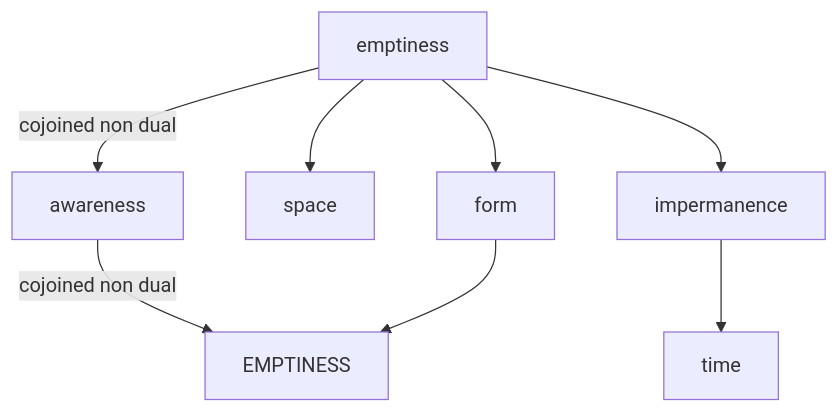
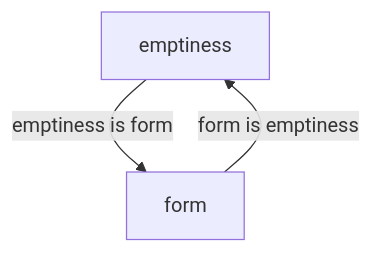
Before and after one commit to shane0/shane0.github.io: the diagram in docs/zen.md, drawn with Mermaid. The commit also changed other lines of this file and 4 other files, not shown here.

````diff
--- a/docs/zen.md
+++ b/docs/zen.md
@@ -9,10 +17,4 @@
 ```mermaid
 graph
-emptiness -- cojoined non dual --> awareness
-awareness -- cojoined non dual --> EMPTINESS 
-emptiness --> space
-emptiness --> form  
-form --> EMPTINESS 
-emptiness --> impermanence 
-impermanence --> time
+emptiness -- emptiness is form --> form  -- form is emptiness --> emptiness
 ```
````
